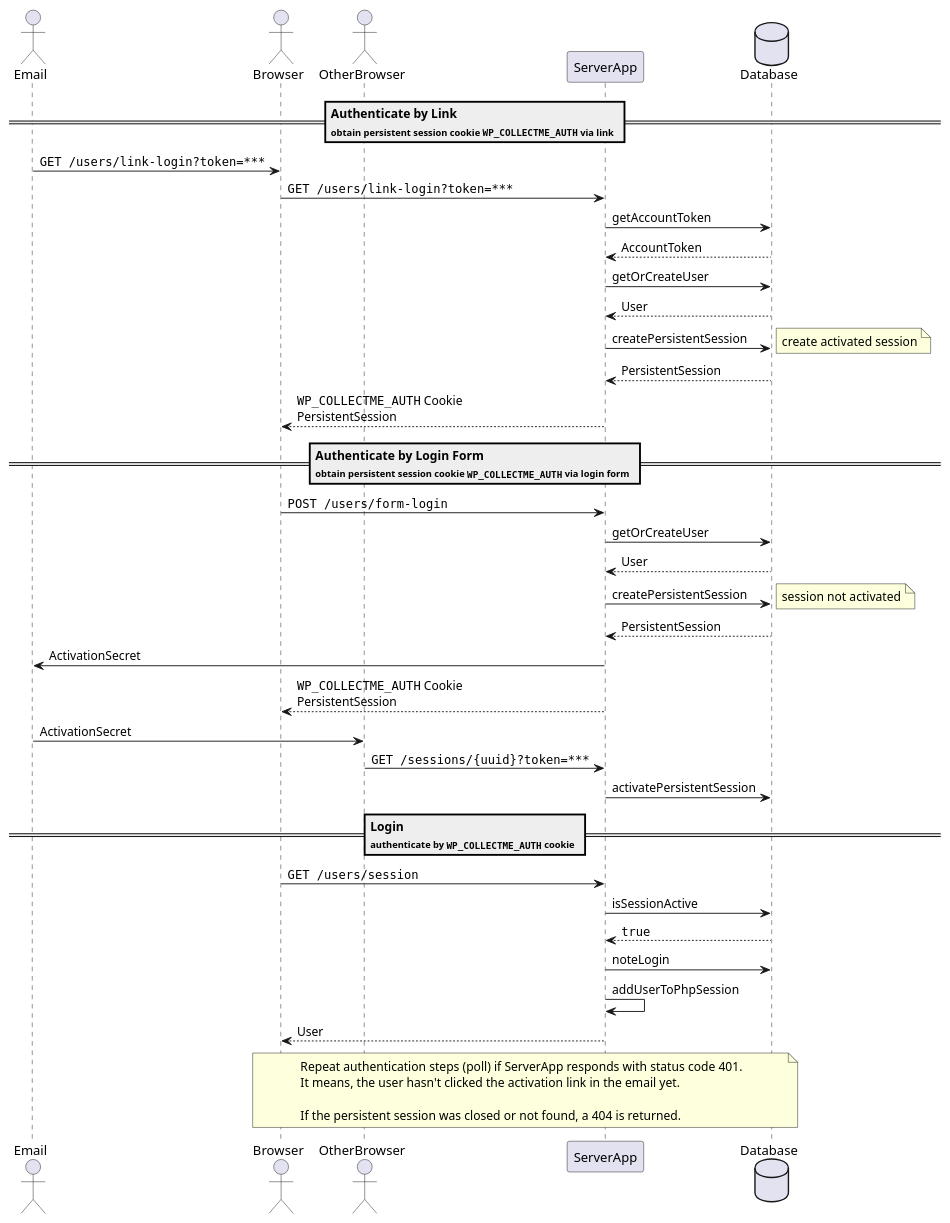
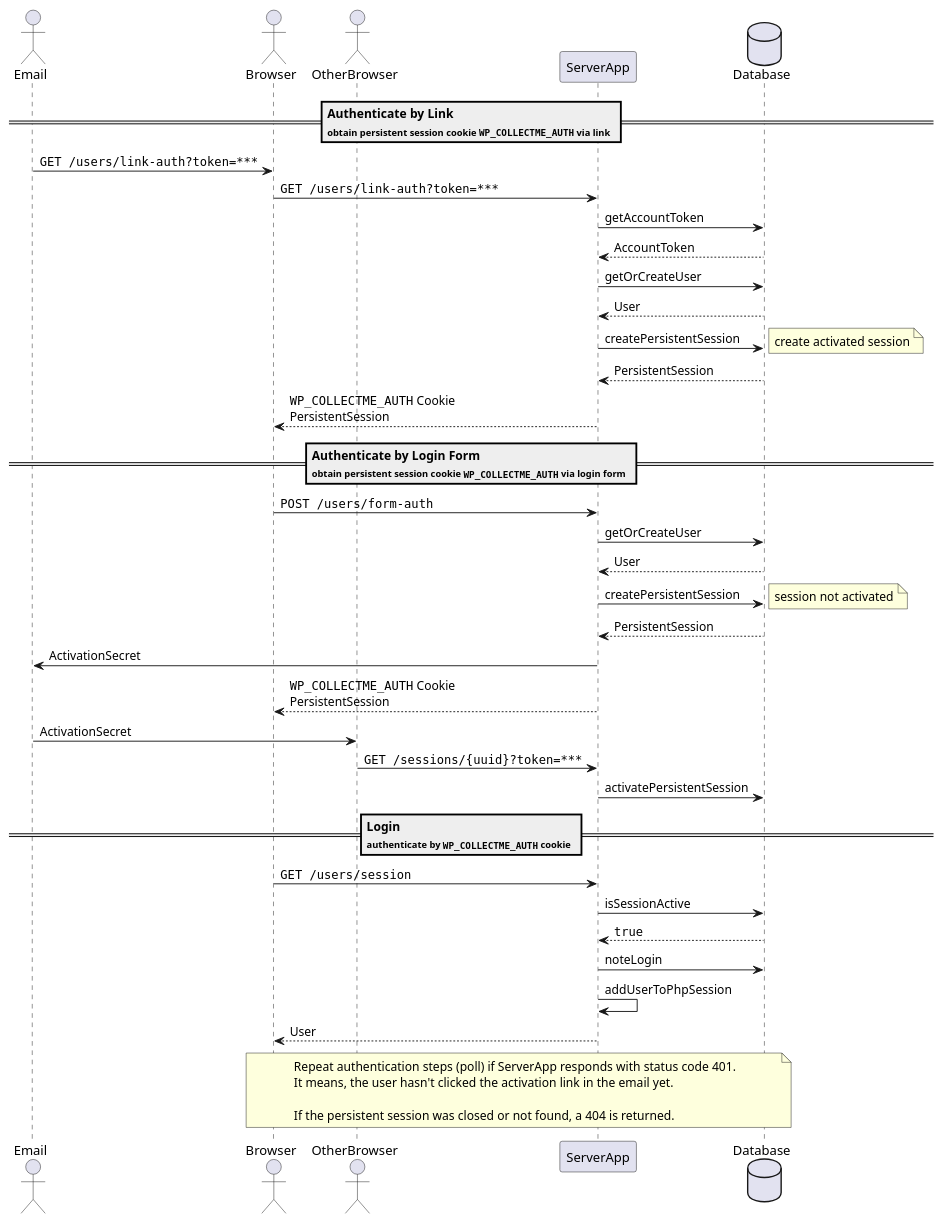
Before and after one commit to grueneschweiz/collectme: the diagram in docs/uml/login-flow.puml, drawn with PlantUML.

Commit message:
[DOCS] Sync paths with API docs

```diff
--- a/docs/uml/login-flow.puml
+++ b/docs/uml/login-flow.puml
@@ -1,48 +1,48 @@
 @startuml
 Actor Email
 Actor Browser
 Actor OtherBrowser
 Participant ServerApp
 Database Database
 
 
 == Authenticate by Link\n<size:10>obtain persistent session cookie ""WP_COLLECTME_AUTH"" via link</size> ==
-Email -> Browser : ""GET /users/link-login?token=***""
-Browser -> ServerApp : ""GET /users/link-login?token=***""
+Email -> Browser : ""GET /users/link-auth?token=***""
+Browser -> ServerApp : ""GET /users/link-auth?token=***""
 ServerApp -> Database : getAccountToken
 Database --> ServerApp : AccountToken
 ServerApp -> Database  : getOrCreateUser
 Database --> ServerApp : User
 ServerApp -> Database  : createPersistentSession
 note right: create activated session
 Database --> ServerApp : PersistentSession
 ServerApp --> Browser  : ""WP_COLLECTME_AUTH"" Cookie\nPersistentSession
 
 == Authenticate by Login Form\n<size:10>obtain persistent session cookie ""WP_COLLECTME_AUTH"" via login form</size> ==
-Browser -> ServerApp   : ""POST /users/form-login""
+Browser -> ServerApp   : ""POST /users/form-auth""
 ServerApp -> Database  : getOrCreateUser
 Database --> ServerApp : User
 ServerApp -> Database  : createPersistentSession
 note right: session not activated
 Database --> ServerApp : PersistentSession
 ServerApp -> Email     : ActivationSecret
 ServerApp --> Browser  : ""WP_COLLECTME_AUTH"" Cookie\nPersistentSession
 Email -> OtherBrowser  : ActivationSecret
 OtherBrowser -> ServerApp: ""GET /sessions/{uuid}?token=***""
 ServerApp -> Database  : activatePersistentSession
 
 == Login\n<size:10>authenticate by ""WP_COLLECTME_AUTH"" cookie</size> ==
 Browser -> ServerApp : ""GET /users/session""
 ServerApp -> Database : isSessionActive
 Database --> ServerApp : ""true""
 ServerApp -> Database : noteLogin
 ServerApp -> ServerApp : addUserToPhpSession
 ServerApp --> Browser : User
 
 note over Browser, Database
 Repeat authentication steps (poll) if ServerApp responds with status code 401.
 It means, the user hasn't clicked the activation link in the email yet.
 
 If the persistent session was closed or not found, a 404 is returned.
 end note
 @enduml
```
